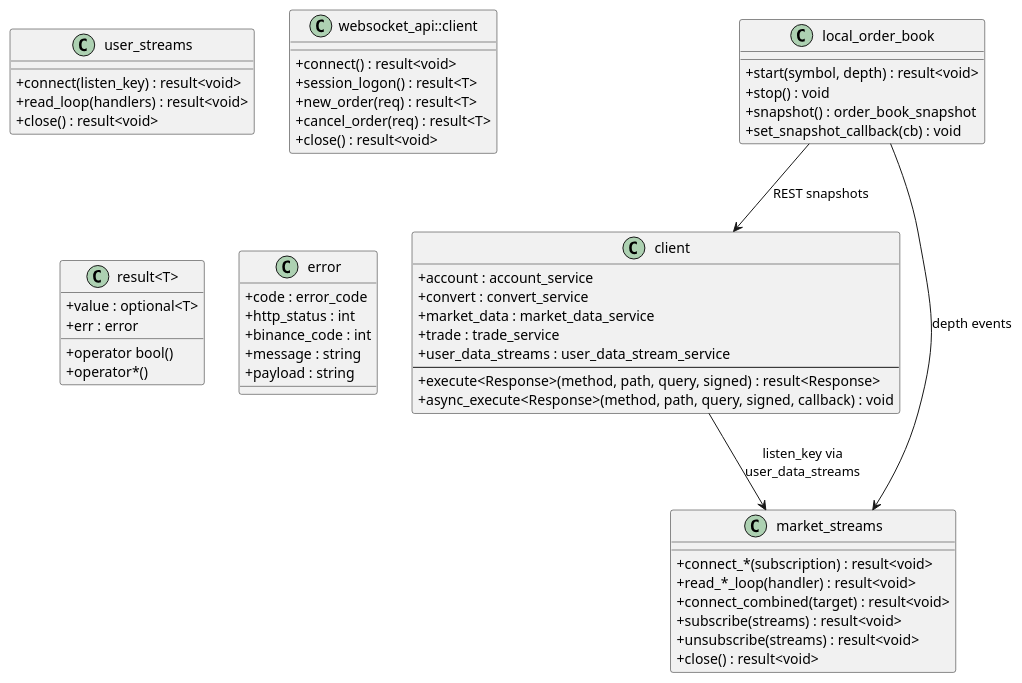
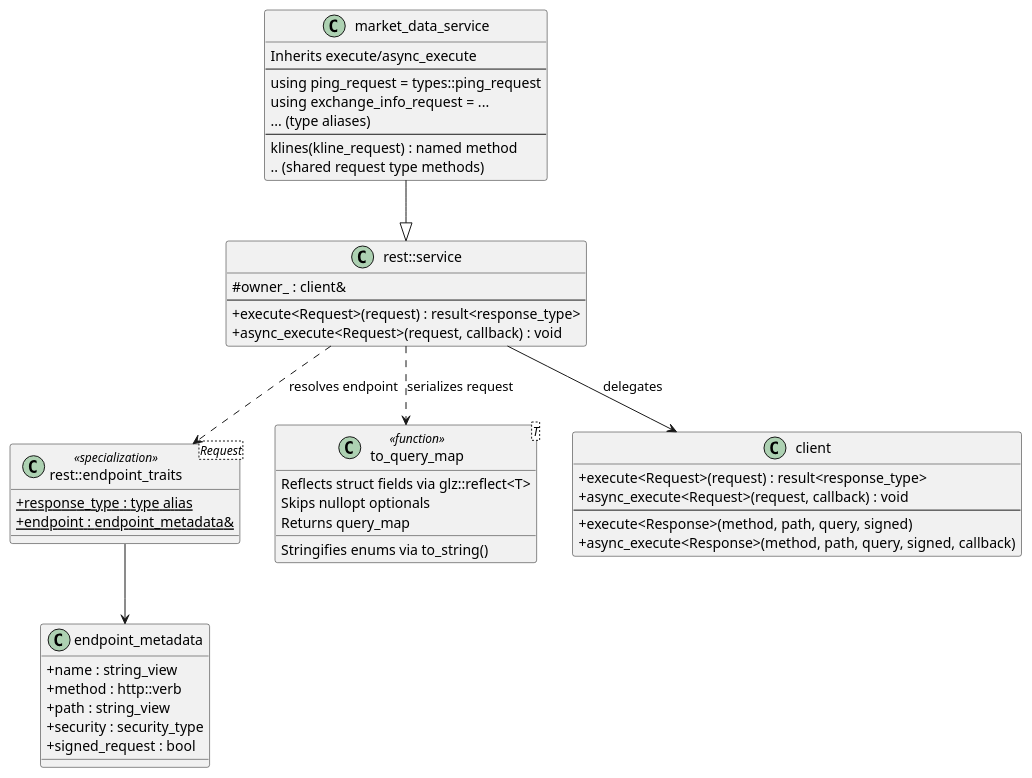
One commit to agutikov/binapi changed the second of 8 diagrams in docs/DESIGN.md. Above: the diagram before and after it, drawn with PlantUML. The commit also changed other lines of this file and 3 other files, not shown here.

````diff
--- a/docs/DESIGN.md
+++ b/docs/DESIGN.md
@@ -85,65 +97,57 @@
 ```plantuml
 @startuml
 skinparam classAttributeIconSize 0
 
-class client {
-  +account : account_service
-  +convert : convert_service
-  +market_data : market_data_service
-  +trade : trade_service
-  +user_data_streams : user_data_stream_service
+class "rest::service" as SVC {
+  #owner_ : client&
   --
-  +execute<Response>(method, path, query, signed) : result<Response>
-  +async_execute<Response>(method, path, query, signed, callback) : void
+  +execute<Request>(request) : result<response_type>
+  +async_execute<Request>(request, callback) : void
 }
 
-class "market_streams" {
-  +connect_*(subscription) : result<void>
-  +read_*_loop(handler) : result<void>
-  +connect_combined(target) : result<void>
-  +subscribe(streams) : result<void>
-  +unsubscribe(streams) : result<void>
-  +close() : result<void>
+class "rest::endpoint_traits<Request>" as ET <<specialization>> {
+  +{static} response_type : type alias
+  +{static} endpoint : endpoint_metadata&
 }
 
-class "user_streams" {
-  +connect(listen_key) : result<void>
-  +read_loop(handlers) : result<void>
-  +close() : result<void>
+class "endpoint_metadata" as EM {
+  +name : string_view
+  +method : http::verb
+  +path : string_view
+  +security : security_type
+  +signed_request : bool
 }
 
-class "local_order_book" {
-  +start(symbol, depth) : result<void>
-  +stop() : void
-  +snapshot() : order_book_snapshot
-  +set_snapshot_callback(cb) : void
+class "to_query_map<T>" as QM <<function>> {
+  Reflects struct fields via glz::reflect<T>
+  Skips nullopt optionals
+  Stringifies enums via to_string()
+  Returns query_map
 }
 
-class "websocket_api::client" {
-  +connect() : result<void>
-  +session_logon() : result<T>
-  +new_order(req) : result<T>
-  +cancel_order(req) : result<T>
-  +close() : result<void>
+class "market_data_service" as MDS {
+  Inherits execute/async_execute
+  --
+  using ping_request = types::ping_request
+  using exchange_info_request = ...
+  ... (type aliases)
+  --
+  klines(kline_request) : named method
+  .. (shared request type methods)
 }
 
-class "result<T>" {
-  +value : optional<T>
-  +err : error
-  +operator bool()
-  +operator*()
+class "client" as CLI {
+  +execute<Request>(request) : result<response_type>
+  +async_execute<Request>(request, callback) : void
+  --
+  +execute<Response>(method, path, query, signed)
+  +async_execute<Response>(method, path, query, signed, callback)
 }
 
-class "error" {
-  +code : error_code
-  +http_status : int
-  +binance_code : int
-  +message : string
-  +payload : string
-}
-
-client --> "market_streams" : listen_key via\nuser_data_streams
-"local_order_book" --> "market_streams" : depth events
-"local_order_book" --> client : REST snapshots
+MDS --|> SVC
+SVC --> CLI : delegates
+SVC ..> ET : resolves endpoint
+SVC ..> QM : serializes request
+ET --> EM
 @enduml
 ```
````
